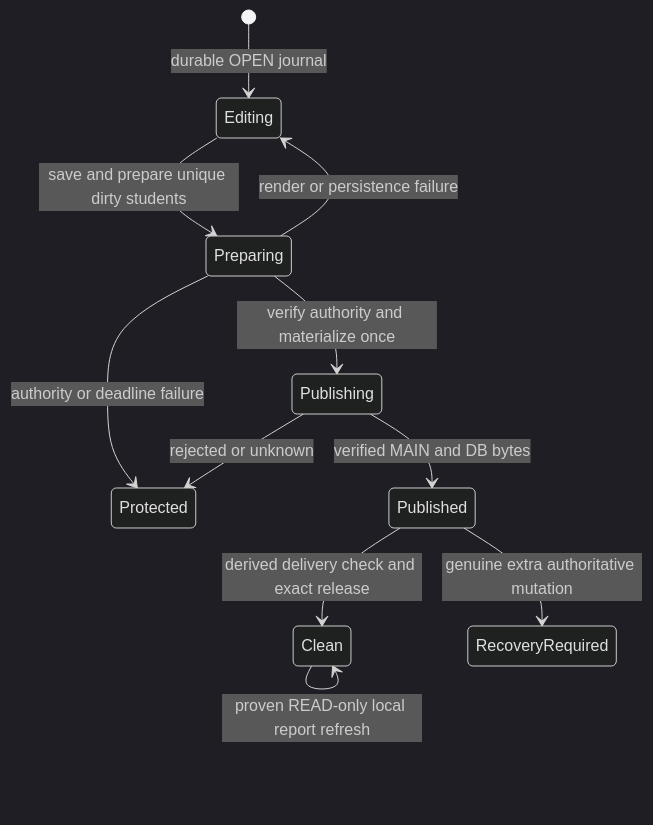
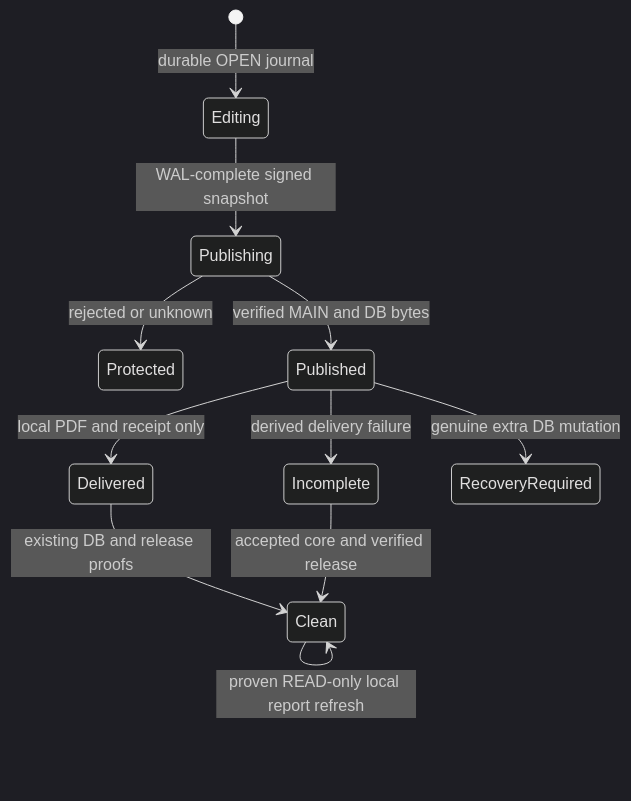
One commit to AnNguyenHoai/Antechkid_Management changed the second of 2 diagrams in CenterManager/docs/collaboration/E1B2A_POST_PUBLISH_DATA_CONSISTENCY.md. Above: the diagram before and after it, drawn with Mermaid (dark theme). The commit also changed other lines of this file and 13 other files, not shown here.

Commit message:
fix: keep post-publish reports derived without adding a core permission gate

````diff
--- a/CenterManager/docs/collaboration/E1B2A_POST_PUBLISH_DATA_CONSISTENCY.md
+++ b/CenterManager/docs/collaboration/E1B2A_POST_PUBLISH_DATA_CONSISTENCY.md
@@ -51,13 +55,13 @@
 ```mermaid
 stateDiagram-v2
     [*] --> Editing: durable OPEN journal
-    Editing --> Preparing: save and prepare unique dirty students
-    Preparing --> Editing: render or persistence failure
-    Preparing --> Protected: authority or deadline failure
-    Preparing --> Publishing: verify authority and materialize once
+    Editing --> Publishing: WAL-complete signed snapshot
     Publishing --> Protected: rejected or unknown
     Publishing --> Published: verified MAIN and DB bytes
-    Published --> Clean: derived delivery check and exact release
-    Published --> RecoveryRequired: genuine extra authoritative mutation
+    Published --> Delivered: local PDF and receipt only
+    Published --> Incomplete: derived delivery failure
+    Delivered --> Clean: existing DB and release proofs
+    Incomplete --> Clean: accepted core and verified release
+    Published --> RecoveryRequired: genuine extra DB mutation
     Clean --> Clean: proven READ-only local report refresh
 ```
````
